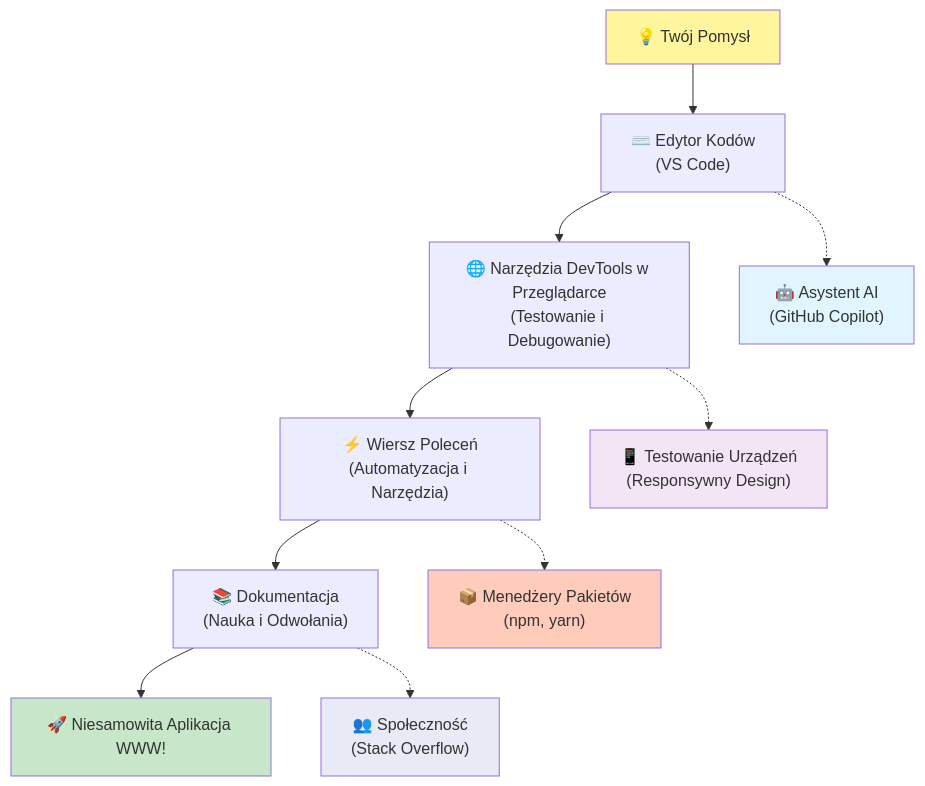
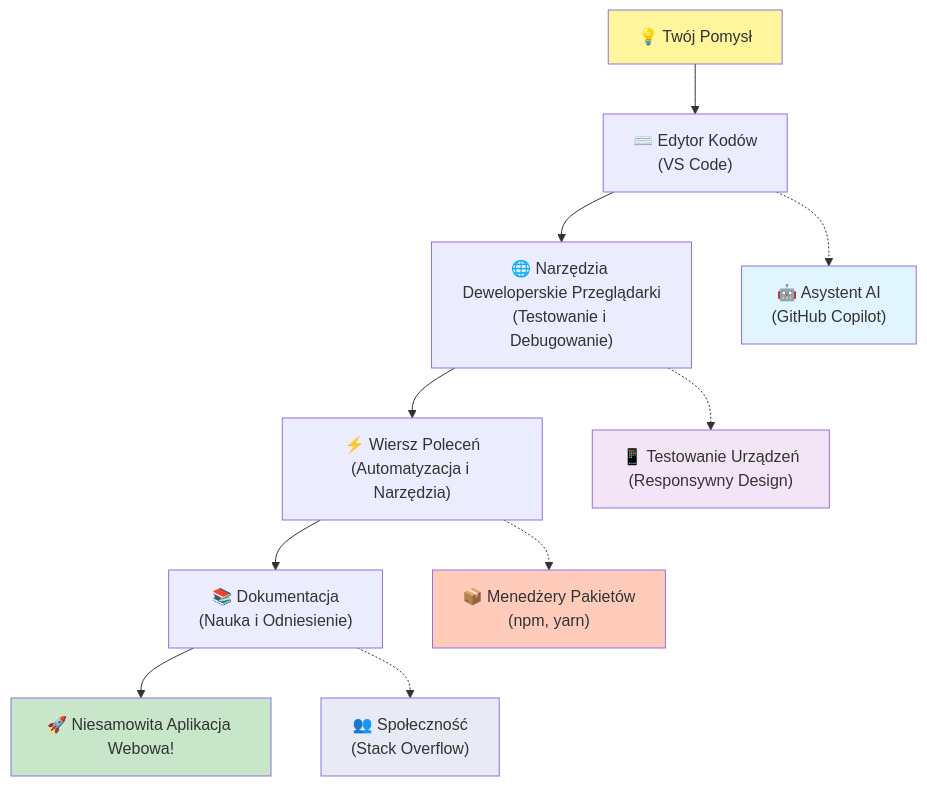
Before and after one commit to microsoft/Web-Dev-For-Beginners: the fifth of 7 diagrams in translations/pl/1-getting-started-lessons/1-intro-to-programming-languages/README.md, drawn with Mermaid. The commit also changed other lines of this file and 8 other files, not shown here.

````diff
--- a/translations/pl/1-getting-started-lessons/1-intro-to-programming-languages/README.md
+++ b/translations/pl/1-getting-started-lessons/1-intro-to-programming-languages/README.md
@@ -488,20 +488,20 @@
 ```mermaid
 graph TD
     A["💡 Twój Pomysł"] --> B["⌨️ Edytor Kodów<br/>(VS Code)"] 
-    B --> C["🌐 Narzędzia DevTools w Przeglądarce<br/>(Testowanie i Debugowanie)"]
+    B --> C["🌐 Narzędzia Deweloperskie Przeglądarki<br/>(Testowanie i Debugowanie)"]
     C --> D["⚡ Wiersz Poleceń<br/>(Automatyzacja i Narzędzia)"]
-    D --> E["📚 Dokumentacja<br/>(Nauka i Odwołania)"]
-    E --> F["🚀 Niesamowita Aplikacja WWW!"]
+    D --> E["📚 Dokumentacja<br/>(Nauka i Odniesienie)"]
+    E --> F["🚀 Niesamowita Aplikacja Webowa!"]
     
     B -.-> G["🤖 Asystent AI<br/>(GitHub Copilot)"]
     C -.-> H["📱 Testowanie Urządzeń<br/>(Responsywny Design)"]
     D -.-> I["📦 Menedżery Pakietów<br/>(npm, yarn)"]
     E -.-> J["👥 Społeczność<br/>(Stack Overflow)"]
     
     style A fill:#fff59d
     style F fill:#c8e6c9
     style G fill:#e1f5fe
     style H fill:#f3e5f5
     style I fill:#ffccbc
     style J fill:#e8eaf6
 ```
````
